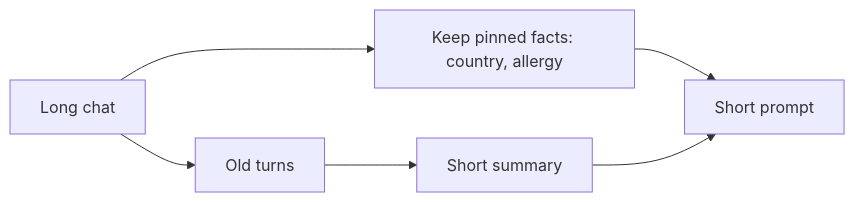
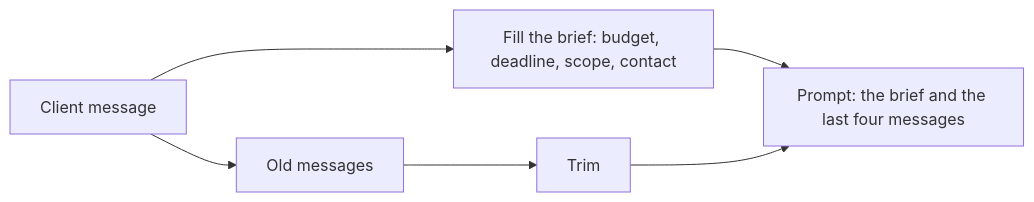
One commit to learnwithparam/agentic-ai-live-labs changed the diagram in docs/labs/11-history-trimming.md. Above: the diagram before and after it, drawn with Mermaid. The commit also changed other lines of this file and 44 other files, not shown here.

````diff
--- a/docs/labs/11-history-trimming.md
+++ b/docs/labs/11-history-trimming.md
@@ -7,8 +7,8 @@
 ```mermaid
 flowchart LR
-  A["Long chat"] --> B["Keep pinned facts: country, allergy"]
-  A --> C["Old turns"]
-  C --> D["Short summary"]
-  B --> E["Short prompt"]
+  A["Client message"] --> B["Fill the brief: budget, deadline, scope, contact"]
+  A --> C["Old messages"]
+  C --> D["Trim"]
+  B --> E["Prompt: the brief and the last four messages"]
   D --> E
 ```
````
